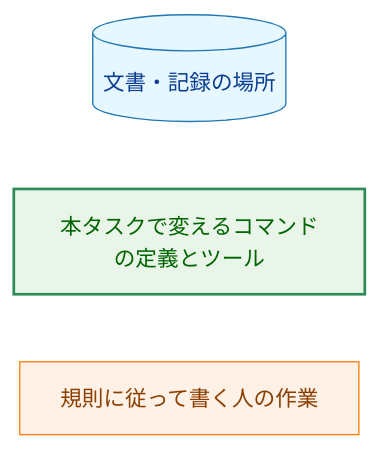
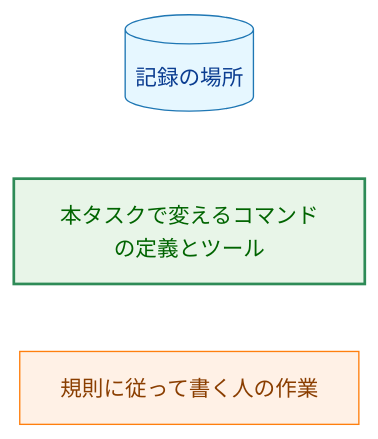
The fourth of 11 diagrams in docs/tasks/0053_status_comments_policy/02_architecture.md (isseis/yt2column), drawn with Mermaid before and after one commit. The commit also changed other lines of this file, not shown here.

First line of the commit message:
docs(0053): simplify figure 2-1 into stages by PR timing

````diff
--- a/docs/tasks/0053_status_comments_policy/02_architecture.md
+++ b/docs/tasks/0053_status_comments_policy/02_architecture.md
@@ -140,14 +139,14 @@
 ```mermaid
 flowchart LR
     classDef data fill:#e6f7ff,stroke:#1f77b4,stroke-width:1px,color:#0b3d91;
     classDef process fill:#fff1e6,stroke:#ff7f0e,stroke-width:1px,color:#8a3e00;
     classDef enhanced fill:#e8f5e8,stroke:#2e8b57,stroke-width:2px,color:#006400;
 
-    L1[("文書・記録の場所")]
+    L1[("記録の場所")]
     L2["本タスクで変えるコマンドの定義とツール"]
     L3["規則に従って書く人の作業"]
 
     class L1 data
     class L2 enhanced
     class L3 process
 ```
````
